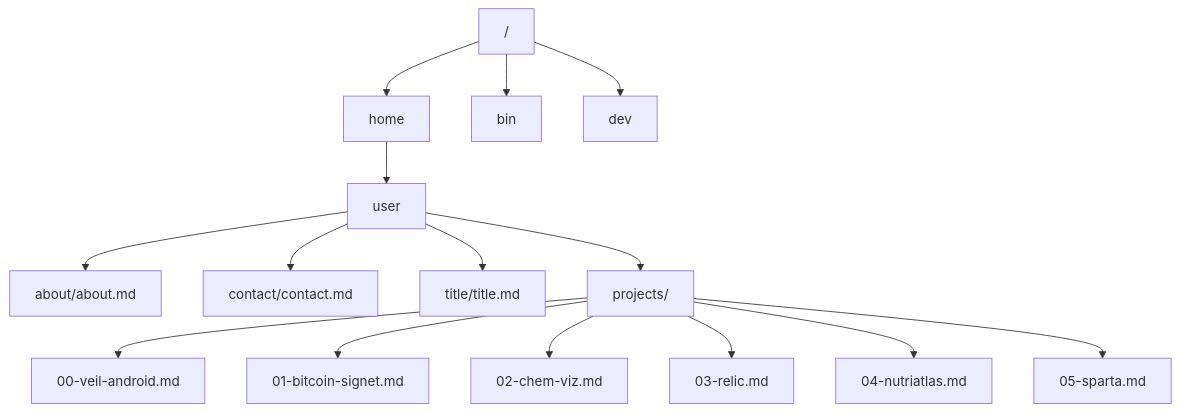
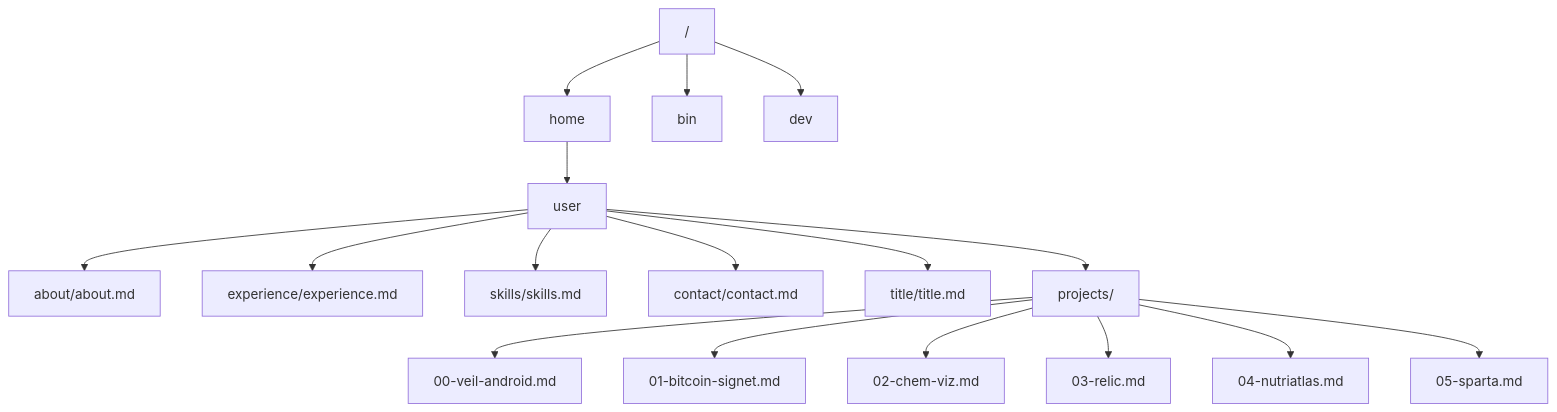
One commit to pracheersrivastava/pracheersrivastava.github.io changed the third of 4 diagrams in README.md. Above: the diagram before and after it, drawn with Mermaid. The commit also changed other lines of this file and 4 other files, not shown here.

Commit message:
docs: update screenshots and the filesystem diagram

````diff
--- a/README.md
+++ b/README.md
@@ -115,17 +123,19 @@
 ```mermaid
 flowchart TD
     ROOT["/"] --> HOME["home"]
     ROOT --> BIN["bin"]
     ROOT --> DEV["dev"]
     HOME --> USER["user"]
     USER --> ABOUT["about/about.md"]
+    USER --> XP["experience/experience.md"]
+    USER --> SKILLS["skills/skills.md"]
     USER --> CONTACT["contact/contact.md"]
     USER --> TITLE["title/title.md"]
     USER --> PROJ["projects/"]
     PROJ --> P0["00-veil-android.md"]
     PROJ --> P1["01-bitcoin-signet.md"]
     PROJ --> P2["02-chem-viz.md"]
     PROJ --> P3["03-relic.md"]
     PROJ --> P4["04-nutriatlas.md"]
     PROJ --> P5["05-sparta.md"]
 ```
````
